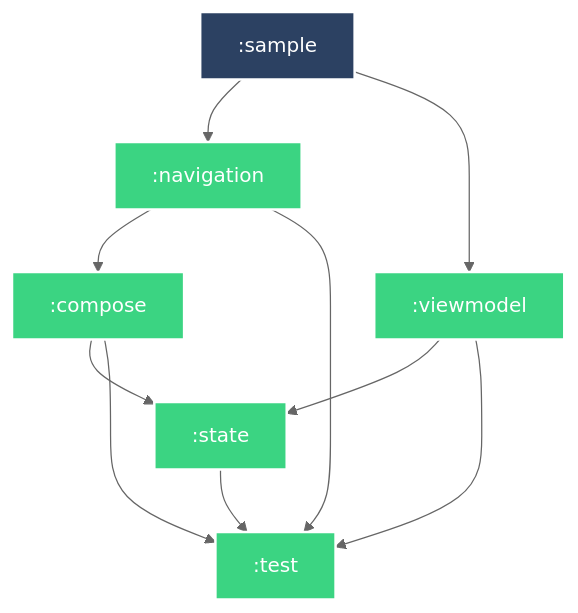
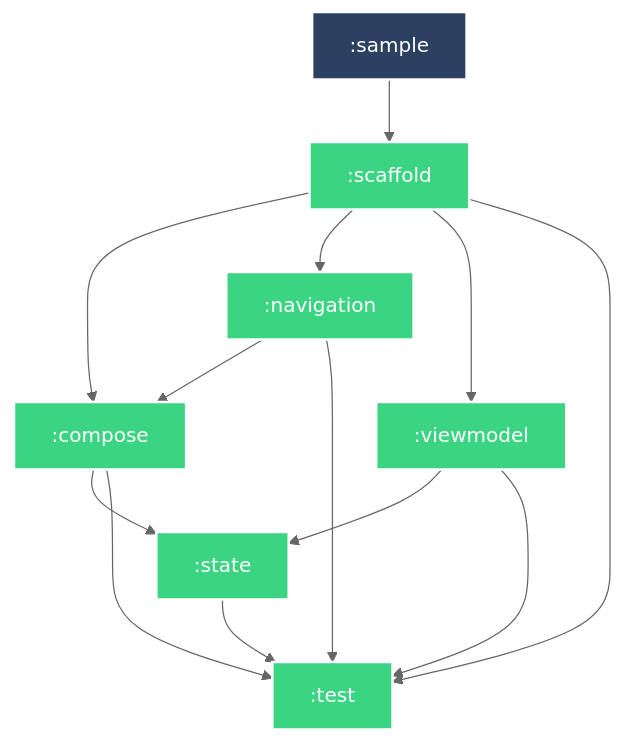
Before and after one commit to JustBurrow/android-ui: the diagram in README.md, drawn with Mermaid.

Commit message:
📝 모듈 그래프 업데이트.

````diff
--- a/README.md
+++ b/README.md
@@ -11,28 +11,32 @@
 ```mermaid
 %%{
   init: {
     'theme': 'neutral'
   }
 }%%
 
 graph TB
   :state --> :test
   :compose --> :state
   :compose --> :test
   :navigation --> :compose
   :navigation --> :test
-  :sample --> :navigation
-  :sample --> :viewmodel
+  :sample --> :scaffold
+  :scaffold --> :compose
+  :scaffold --> :navigation
+  :scaffold --> :viewmodel
+  :scaffold --> :test
   :viewmodel --> :state
   :viewmodel --> :test
 
 classDef android-library fill:#3BD482,stroke:#fff,stroke-width:2px,color:#fff;
 classDef android-application fill:#2C4162,stroke:#fff,stroke-width:2px,color:#fff;
 class :state android-library
 class :test android-library
 class :compose android-library
 class :navigation android-library
 class :sample android-application
+class :scaffold android-library
 class :viewmodel android-library
 
 ```
````
